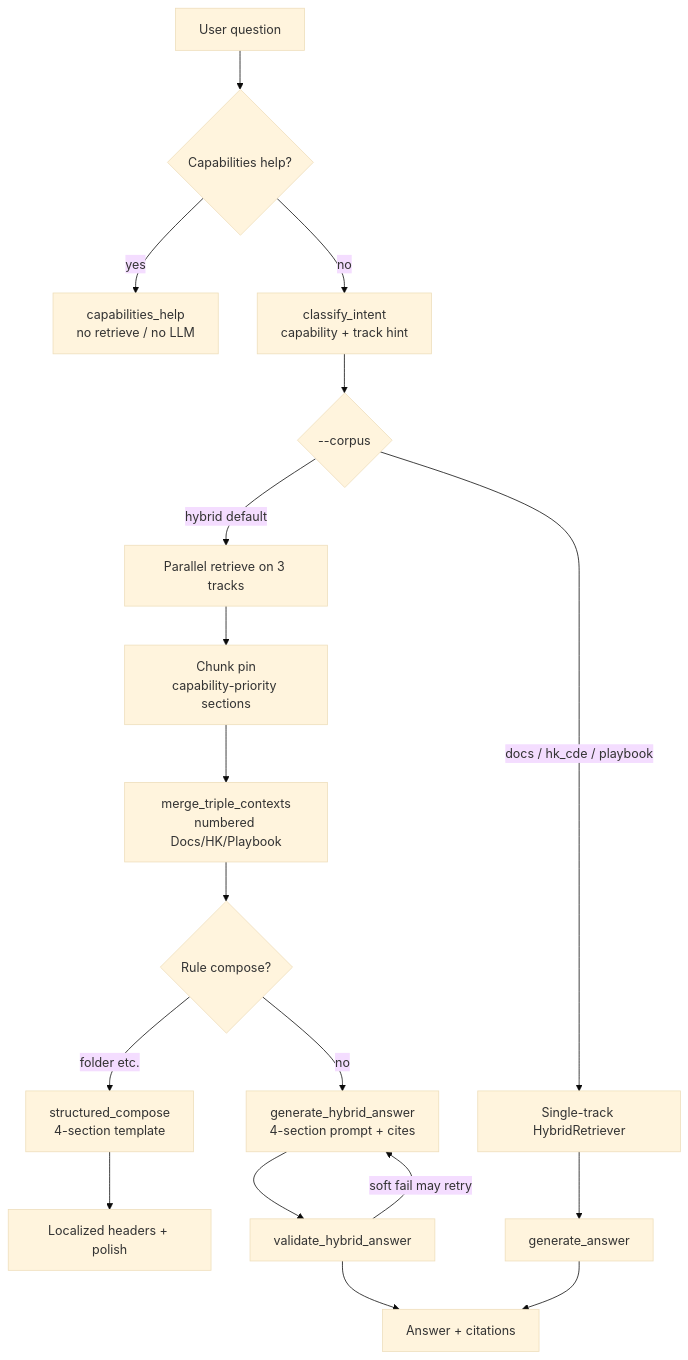
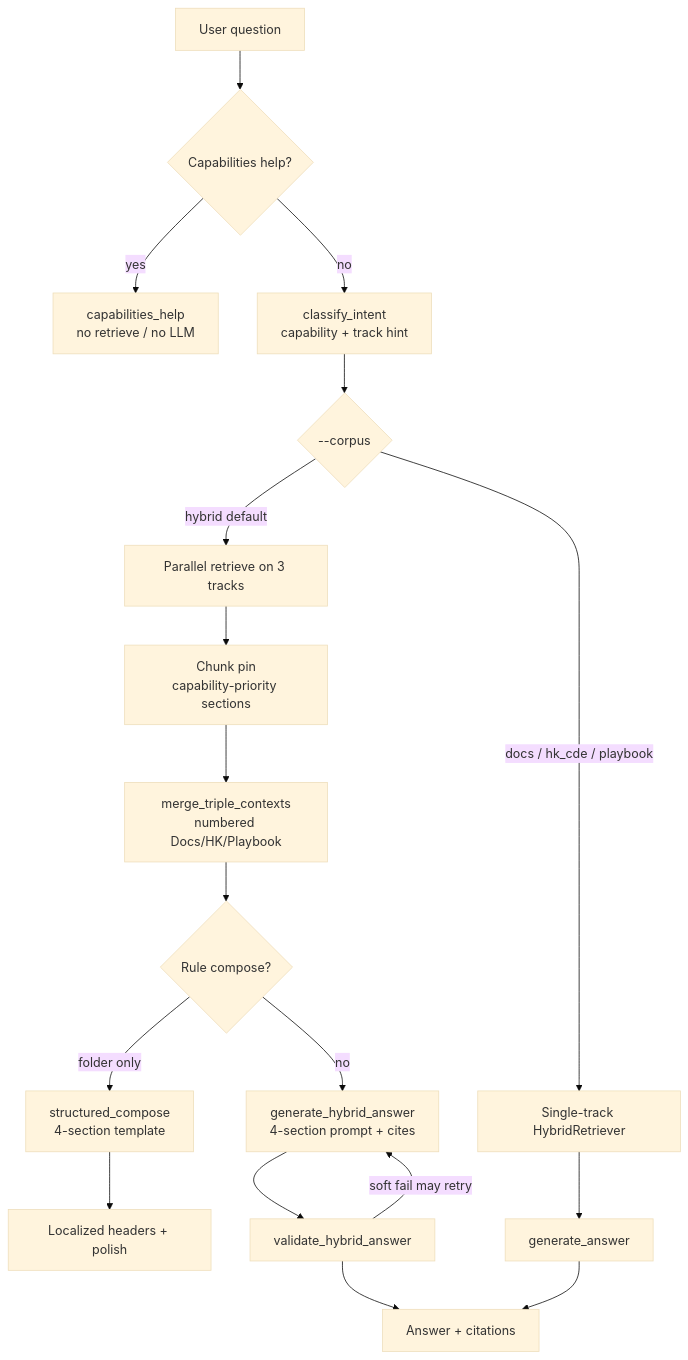
Before and after one commit to jesselei1102-hue/HK-BIM-CDE-Standard-x-ACC-RAG: the diagram in README.md, drawn with Mermaid (base theme). The commit also changed other lines of this file, not shown here.

````diff
--- a/README.md
+++ b/README.md
@@ -42,20 +42,20 @@
 ```mermaid
 flowchart TD
   Q[User question] --> META{Capabilities help?}
   META -->|yes| HELP[capabilities_help<br/>no retrieve / no LLM]
   META -->|no| CL[classify_intent<br/>capability + track hint]
   CL --> CORPUS{--corpus}
   CORPUS -->|docs / hk_cde / playbook| SINGLE[Single-track HybridRetriever]
   CORPUS -->|hybrid default| PARA[Parallel retrieve on 3 tracks]
   PARA --> PIN[Chunk pin<br/>capability-priority sections]
   PIN --> MERGE[merge_triple_contexts<br/>numbered Docs/HK/Playbook]
   MERGE --> COMPOSE{Rule compose?}
-  COMPOSE -->|folder etc.| RULE[structured_compose<br/>4-section template]
+  COMPOSE -->|folder only| RULE[structured_compose<br/>4-section template]
   COMPOSE -->|no| LLM[generate_hybrid_answer<br/>4-section prompt + cites]
   RULE --> POLISH[Localized headers + polish]
   LLM --> VAL[validate_hybrid_answer]
   VAL -->|soft fail may retry| LLM
   VAL --> OUT[Answer + citations]
   SINGLE --> GEN[generate_answer]
   GEN --> OUT
 ```
````
